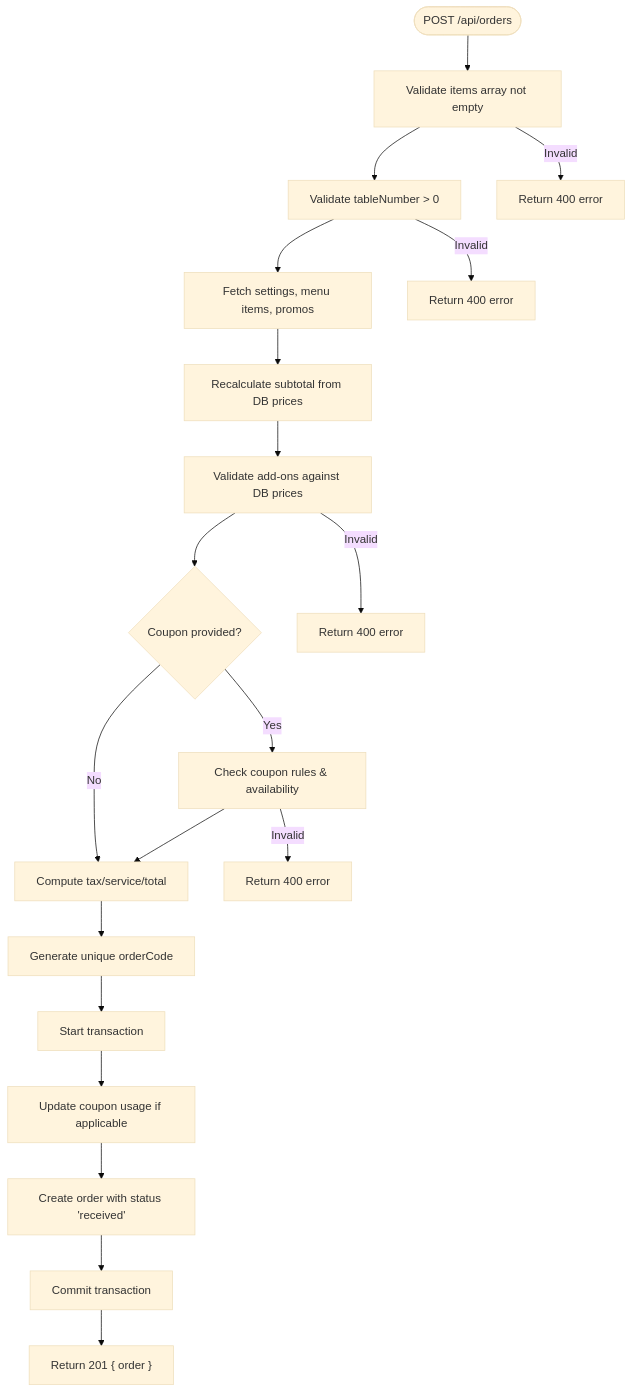
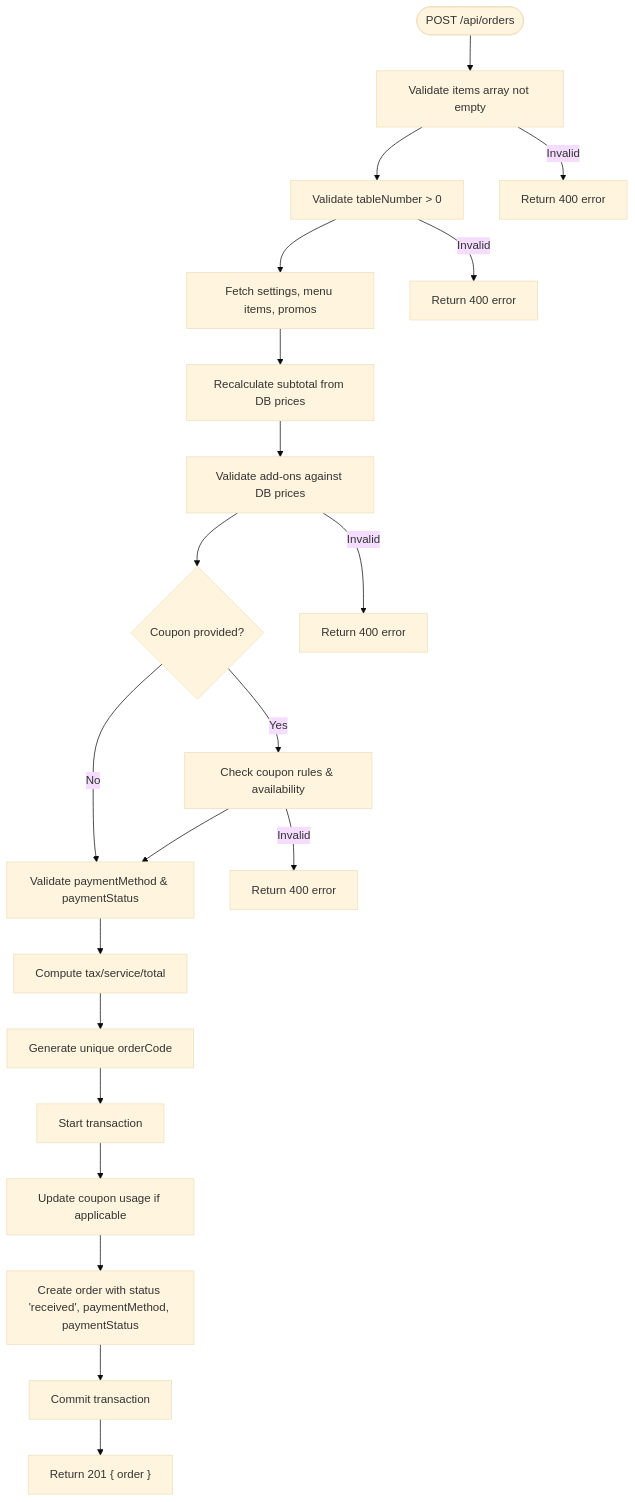
Before and after one commit to Ice-Nao-Eevee/Tera_Work: the third of 10 diagrams in .qoder/repowiki/en/content/Architecture Overview/Backend Architecture/API Layer/Orders API Endpoints.md, drawn with Mermaid (base theme). The commit also changed other lines of this file and 55 other files, not shown here.

````diff
--- a/.qoder/repowiki/en/content/Architecture Overview/Backend Architecture/API Layer/Orders API Endpoints.md
+++ b/.qoder/repowiki/en/content/Architecture Overview/Backend Architecture/API Layer/Orders API Endpoints.md
@@ -186,22 +201,23 @@
 ```mermaid
 flowchart TD
 Start(["POST /api/orders"]) --> ValidateItems["Validate items array not empty"]
 ValidateItems --> ValidateTable["Validate tableNumber > 0"]
 ValidateTable --> FetchRefs["Fetch settings, menu items, promos"]
 FetchRefs --> RecalcSubtotal["Recalculate subtotal from DB prices"]
 RecalcSubtotal --> ValidateAddOns["Validate add-ons against DB prices"]
 ValidateAddOns --> ValidateCoupon{"Coupon provided?"}
 ValidateCoupon --> |Yes| CheckCouponRules["Check coupon rules & availability"]
-ValidateCoupon --> |No| ComputeTotals["Compute tax/service/total"]
-CheckCouponRules --> ComputeTotals
+ValidateCoupon --> |No| ValidatePayment["Validate paymentMethod & paymentStatus"]
+CheckCouponRules --> ValidatePayment
+ValidatePayment --> ComputeTotals["Compute tax/service/total"]
 ComputeTotals --> GenerateCode["Generate unique orderCode"]
 GenerateCode --> Transaction["Start transaction"]
 Transaction --> UpdateCoupon["Update coupon usage if applicable"]
-UpdateCoupon --> CreateOrder["Create order with status 'received'"]
+UpdateCoupon --> CreateOrder["Create order with status 'received', paymentMethod, paymentStatus"]
 CreateOrder --> Commit["Commit transaction"]
 Commit --> Return201["Return 201 { order }"]
 ValidateItems --> |Invalid| Return400A["Return 400 error"]
 ValidateTable --> |Invalid| Return400B["Return 400 error"]
 ValidateAddOns --> |Invalid| Return400C["Return 400 error"]
 CheckCouponRules --> |Invalid| Return400D["Return 400 error"]
 ```
````
